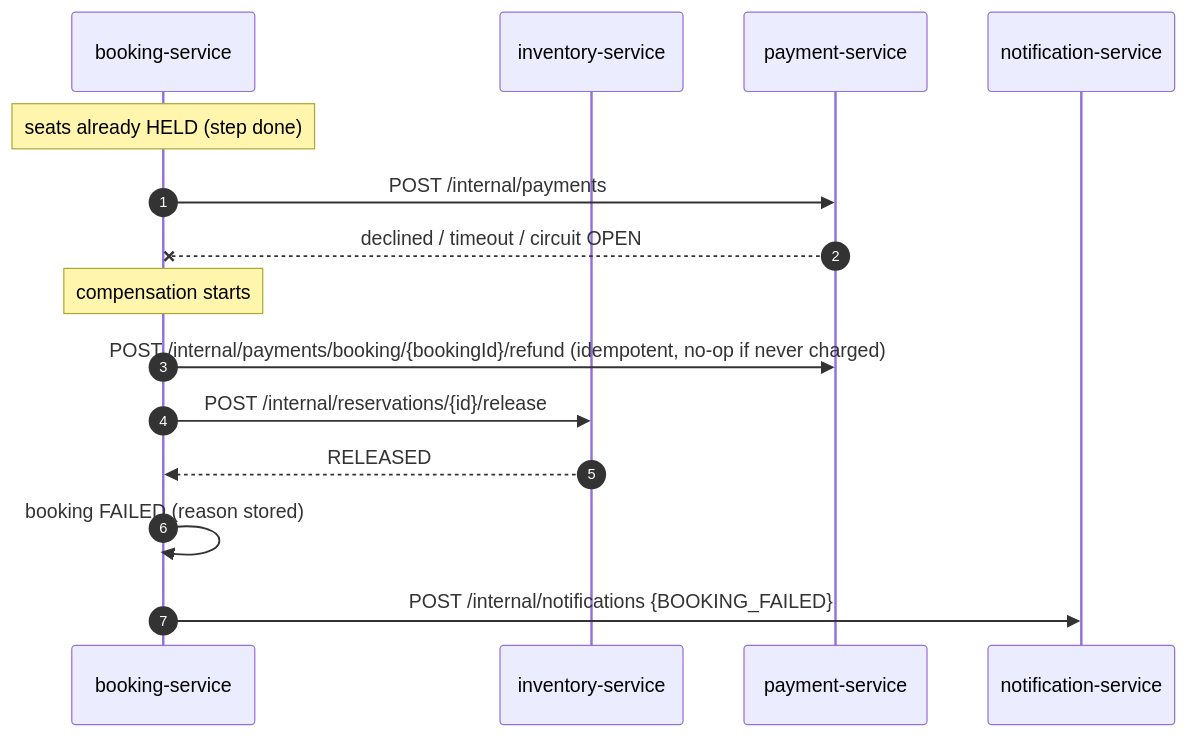
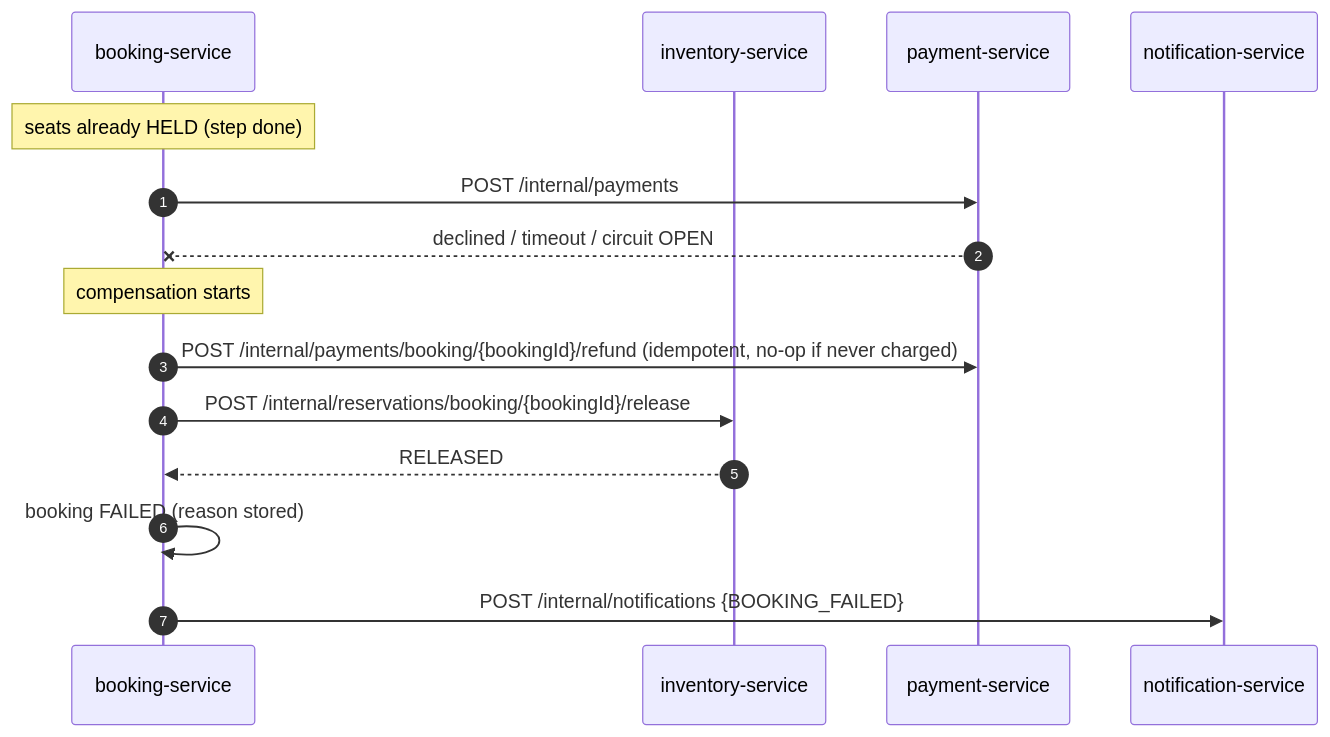
The second of 4 diagrams in docs/booking-saga.md (joaoalbertorsc/ticketflow-microservices), drawn with Mermaid before and after one commit. The commit also changed other lines of this file and 49 other files, not shown here.

````diff
--- a/docs/booking-saga.md
+++ b/docs/booking-saga.md
@@ -49,18 +49,18 @@
 ```mermaid
 sequenceDiagram
     autonumber
     participant B as booking-service
     participant I as inventory-service
     participant P as payment-service
     participant N as notification-service
 
     Note over B: seats already HELD (step done)
     B->>P: POST /internal/payments
     P--xB: declined / timeout / circuit OPEN
     Note over B: compensation starts
     B->>P: POST /internal/payments/booking/{bookingId}/refund (idempotent, no-op if never charged)
-    B->>I: POST /internal/reservations/{id}/release
+    B->>I: POST /internal/reservations/booking/{bookingId}/release
     I-->>B: RELEASED
     B->>B: booking FAILED (reason stored)
     B->>N: POST /internal/notifications {BOOKING_FAILED}
 ```
````
